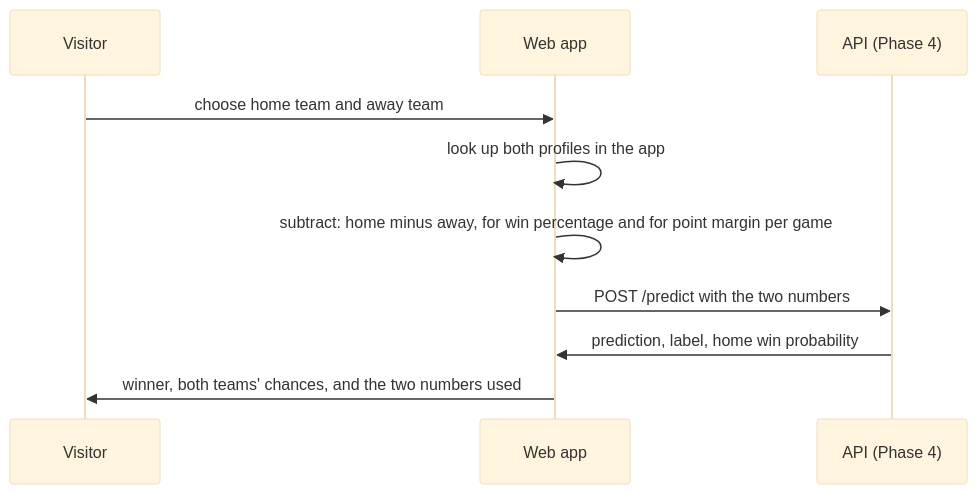
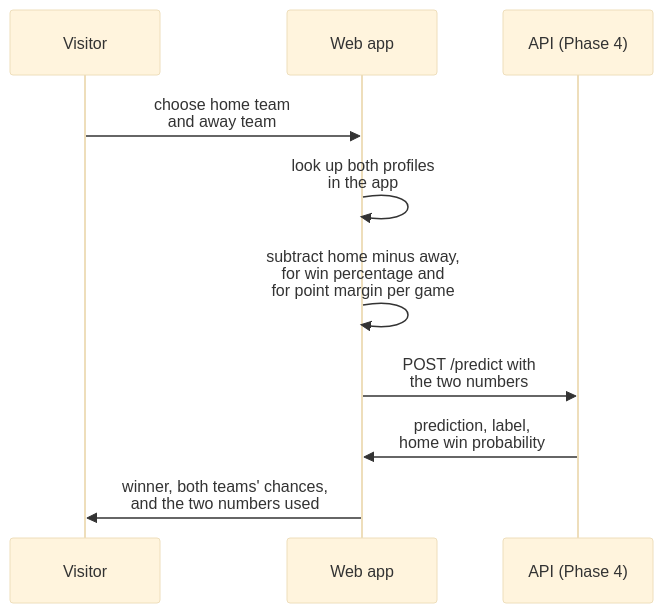
Before and after one commit to jconnors23/510-m3-nfl-prediction-analytics: the second of 2 diagrams in docs/implementation/phase-5/brief.md, drawn with Mermaid (base theme). The commit also changed other lines of this file and 47 other files, not shown here.

````diff
--- a/docs/implementation/phase-5/brief.md
+++ b/docs/implementation/phase-5/brief.md
@@ -37,12 +37,12 @@
 ```mermaid
 sequenceDiagram
     participant U as Visitor
     participant W as Web app
     participant A as API (Phase 4)
-    U->>W: choose home team and away team
-    W->>W: look up both profiles in the app
-    W->>W: subtract: home minus away, for win percentage and for point margin per game
-    W->>A: POST /predict with the two numbers
-    A->>W: prediction, label, home win probability
-    W->>U: winner, both teams' chances, and the two numbers used
+    U->>W: choose home team<br/>and away team
+    W->>W: look up both profiles<br/>in the app
+    W->>W: subtract home minus away,<br/>for win percentage and<br/>for point margin per game
+    W->>A: POST /predict with<br/>the two numbers
+    A->>W: prediction, label,<br/>home win probability
+    W->>U: winner, both teams' chances,<br/>and the two numbers used
 ```
````
